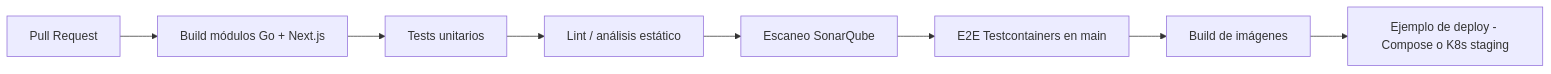
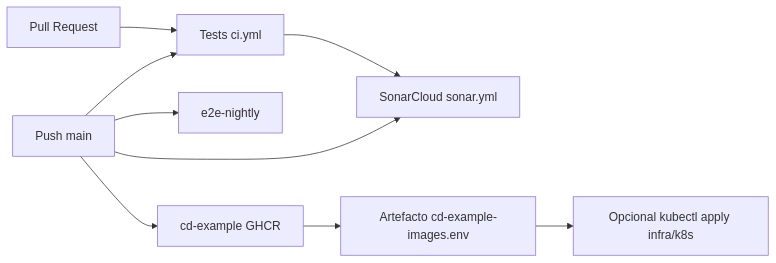
One commit to bue221/proyecto-arquitectura-software-emergente changed the diagram in wiki/CI-CD.md. Above: the diagram before and after it, drawn with Mermaid. The commit also changed other lines of this file and 19 other files, not shown here.

First line of the commit message:
chore(devops): add SonarCloud CI, GHCR CD example, and demo evidence

````diff
--- a/wiki/CI-CD.md
+++ b/wiki/CI-CD.md
@@ -17,10 +16,11 @@
 ```mermaid
 flowchart LR
-  PR[Pull Request] --> B[Build módulos Go + Next.js]
-  B --> U[Tests unitarios]
-  U --> L[Lint / análisis estático]
-  L --> S[Escaneo SonarQube]
-  S --> I[E2E Testcontainers en main]
-  I --> IMG[Build de imágenes]
-  IMG --> DEP[Ejemplo de deploy - Compose o K8s staging]
+  PR[Pull Request] --> U[Tests ci.yml]
+  U --> S[SonarCloud sonar.yml]
+  main[Push main] --> U
+  main --> S
+  main --> E2E[e2e-nightly]
+  main --> CD[cd-example GHCR]
+  CD --> ART[Artefacto cd-example-images.env]
+  ART --> K8S[Opcional kubectl apply infra/k8s]
 ```
````
